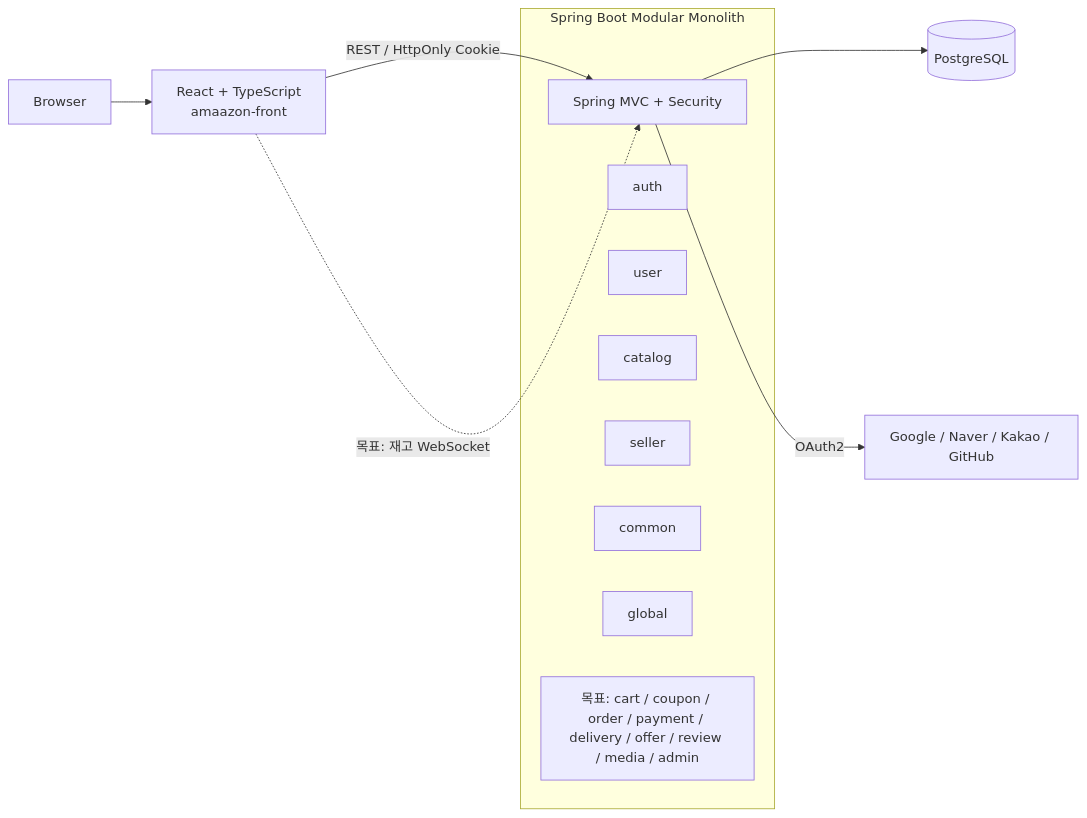
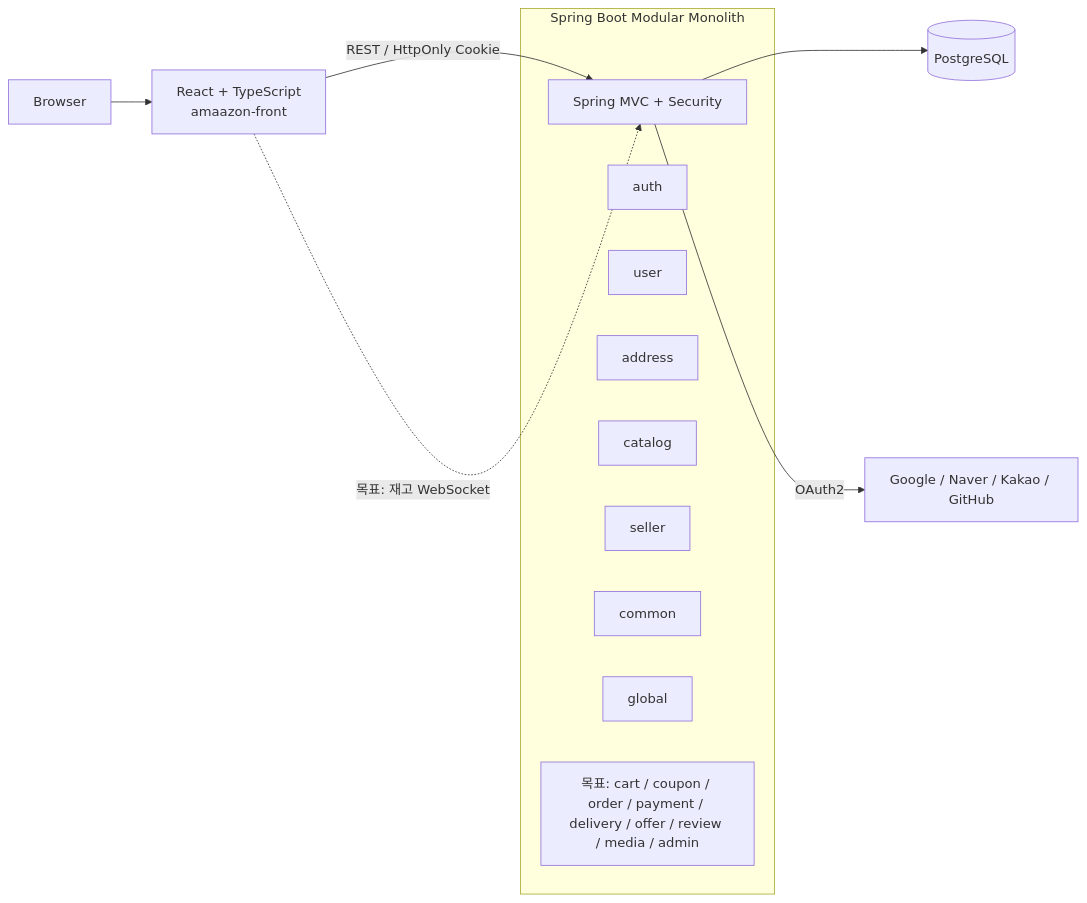
One commit to metDaisy/e-commerce-clone-coding changed the first of 2 diagrams in docs/architecture.md. Above: the diagram before and after it, drawn with Mermaid. The commit also changed other lines of this file and 3 other files, not shown here.

````diff
--- a/docs/architecture.md
+++ b/docs/architecture.md
@@ -13,19 +13,20 @@
 ```mermaid
 flowchart LR
     Browser[Browser] --> Front[React + TypeScript\namaazon-front]
     Front -->|REST / HttpOnly Cookie| Web[Spring MVC + Security]
     Front -.->|목표: 재고 WebSocket| Web
     Web --> DB[(PostgreSQL)]
     Web -->|OAuth2| Providers[Google / Naver / Kakao / GitHub]
 
     subgraph Backend[Spring Boot Modular Monolith]
         Web
         Auth[auth]
         User[user]
+        Address[address]
         Catalog[catalog]
         Seller[seller]
         Common[common]
         Global[global]
         Future[목표: cart / coupon / order / payment / delivery / offer / review / media / admin]
     end
 ```
````
